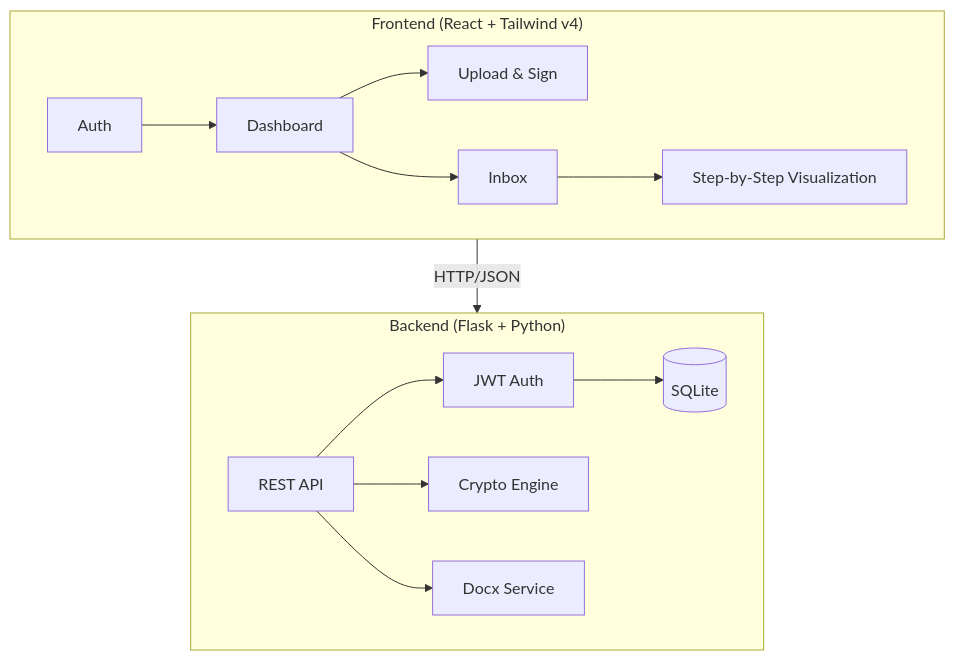
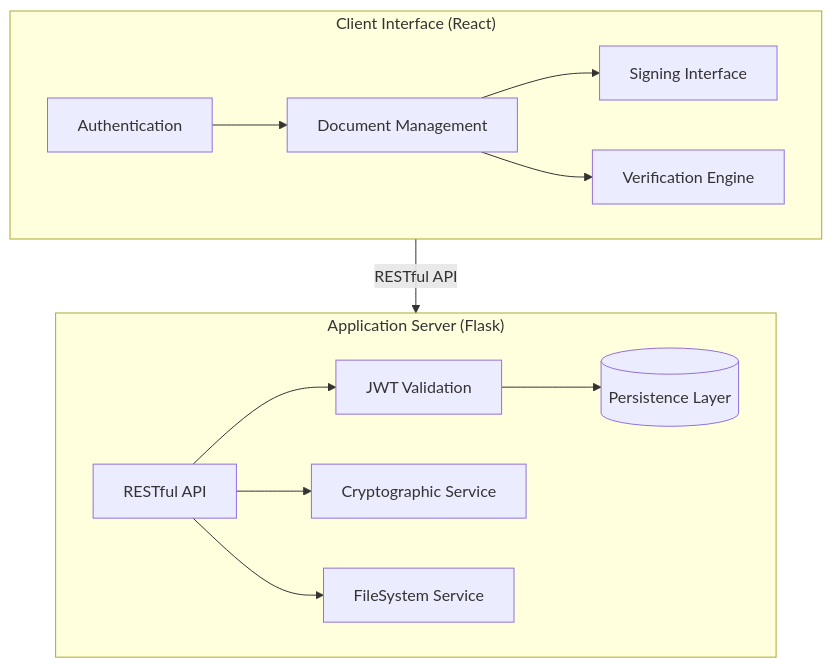
One commit to Abubakkar-Khan/DocDrop changed the diagram in README.md. Above: the diagram before and after it, drawn with Mermaid. The commit also changed other lines of this file, not shown here.

````diff
--- a/README.md
+++ b/README.md
@@ -18,18 +22,17 @@
 ```mermaid
 graph TB
-    subgraph Frontend ["Frontend (React + Tailwind v4)"]
-        A[Auth] --> B[Dashboard]
-        B --> C[Upload & Sign]
-        B --> D[Inbox]
-        D --> E[Step-by-Step Visualization]
+    subgraph Client ["Client Interface (React)"]
+        A[Authentication] --> B[Document Management]
+        B --> C[Signing Interface]
+        B --> D[Verification Engine]
     end
 
-    subgraph Backend ["Backend (Flask + Python)"]
-        API[REST API] --> Auth[JWT Auth]
-        API --> Crypto[Crypto Engine]
-        API --> Docx[Docx Service]
-        Auth --> DB[(SQLite)]
+    subgraph Server ["Application Server (Flask)"]
+        API[RESTful API] --> JWT[JWT Validation]
+        API --> Crypto[Cryptographic Service]
+        API --> Storage[FileSystem Service]
+        JWT --> DB[(Persistence Layer)]
     end
 
-    Frontend -->|HTTP/JSON| Backend
+    Client -->|RESTful API| Server
 ```
````
